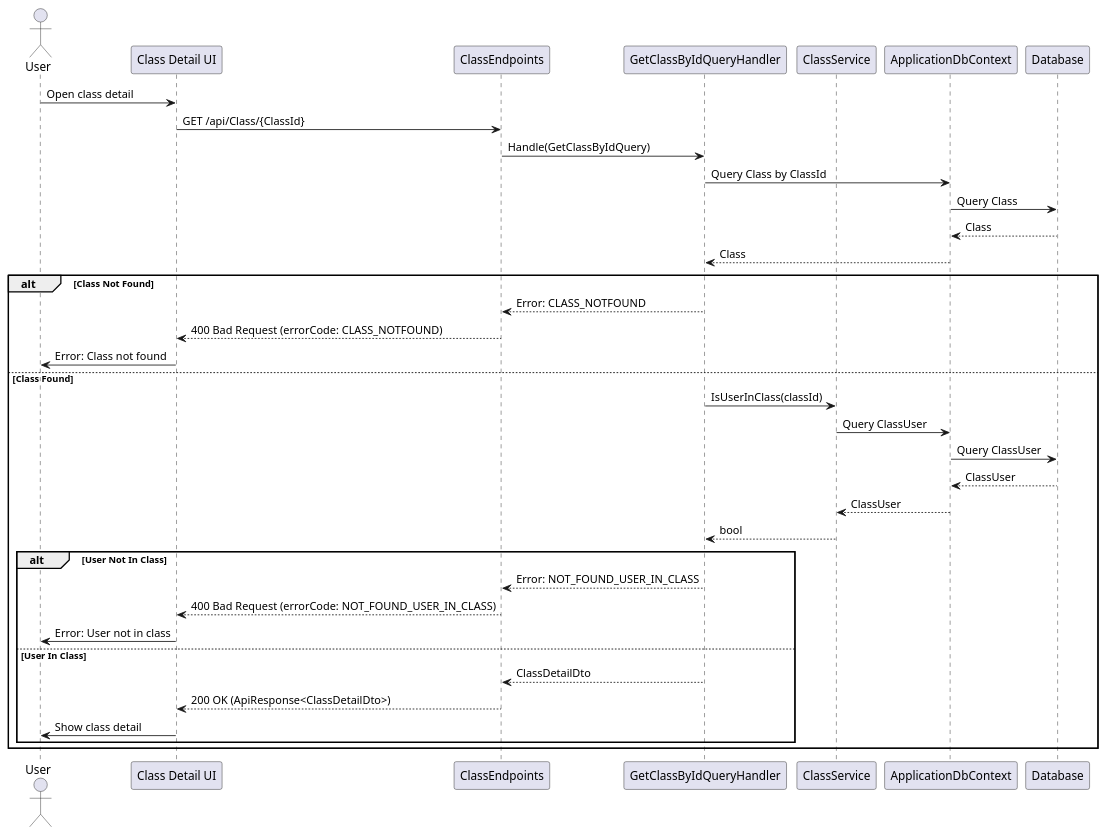
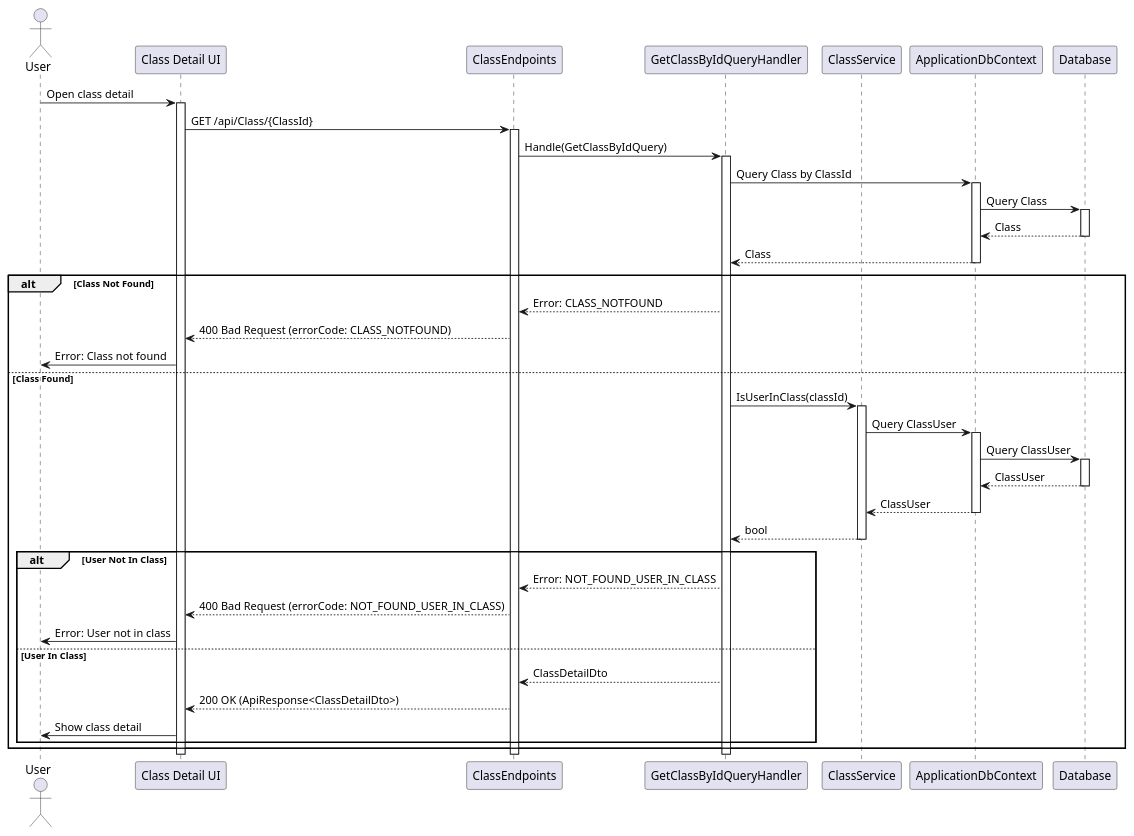
One commit to thanhkhac/SEP_Diagram changed the diagram in classes/Sequence/GetClassByIdQuery.puml. Above: the diagram before and after it, drawn with PlantUML. The commit also changed 17 other files, not shown here.

Commit message:
Add UI and endpoint activation/deactivation to sequence diagrams

```diff
--- a/classes/Sequence/GetClassByIdQuery.puml
+++ b/classes/Sequence/GetClassByIdQuery.puml
@@ -1,38 +1,54 @@
 @startuml
 actor User
 participant "Class Detail UI" as UI
 participant ClassEndpoints
 participant GetClassByIdQueryHandler as Handler
 participant ClassService
 participant ApplicationDbContext
 participant Database
 
 User -> UI : Open class detail
+activate UI
 UI -> ClassEndpoints : GET /api/Class/{ClassId}
+activate ClassEndpoints
 ClassEndpoints -> Handler : Handle(GetClassByIdQuery)
+activate Handler
 Handler -> ApplicationDbContext : Query Class by ClassId
+activate ApplicationDbContext
 ApplicationDbContext -> Database : Query Class
+activate Database
 Database --> ApplicationDbContext : Class
+deactivate Database
 ApplicationDbContext --> Handler : Class
+deactivate ApplicationDbContext
 alt Class Not Found
     Handler --> ClassEndpoints : Error: CLASS_NOTFOUND
     ClassEndpoints --> UI : 400 Bad Request (errorCode: CLASS_NOTFOUND)
     UI -> User : Error: Class not found
 else Class Found
     Handler -> ClassService : IsUserInClass(classId)
+    activate ClassService
     ClassService -> ApplicationDbContext : Query ClassUser
+    activate ApplicationDbContext
     ApplicationDbContext -> Database : Query ClassUser
+    activate Database
     Database --> ApplicationDbContext : ClassUser
+    deactivate Database
     ApplicationDbContext --> ClassService : ClassUser
+    deactivate ApplicationDbContext
     ClassService --> Handler : bool
+    deactivate ClassService
     alt User Not In Class
         Handler --> ClassEndpoints : Error: NOT_FOUND_USER_IN_CLASS
         ClassEndpoints --> UI : 400 Bad Request (errorCode: NOT_FOUND_USER_IN_CLASS)
         UI -> User : Error: User not in class
     else User In Class
         Handler --> ClassEndpoints : ClassDetailDto
         ClassEndpoints --> UI : 200 OK (ApiResponse<ClassDetailDto>)
         UI -> User : Show class detail
     end
 end
+deactivate Handler
+deactivate ClassEndpoints
+deactivate UI
 @enduml
```
